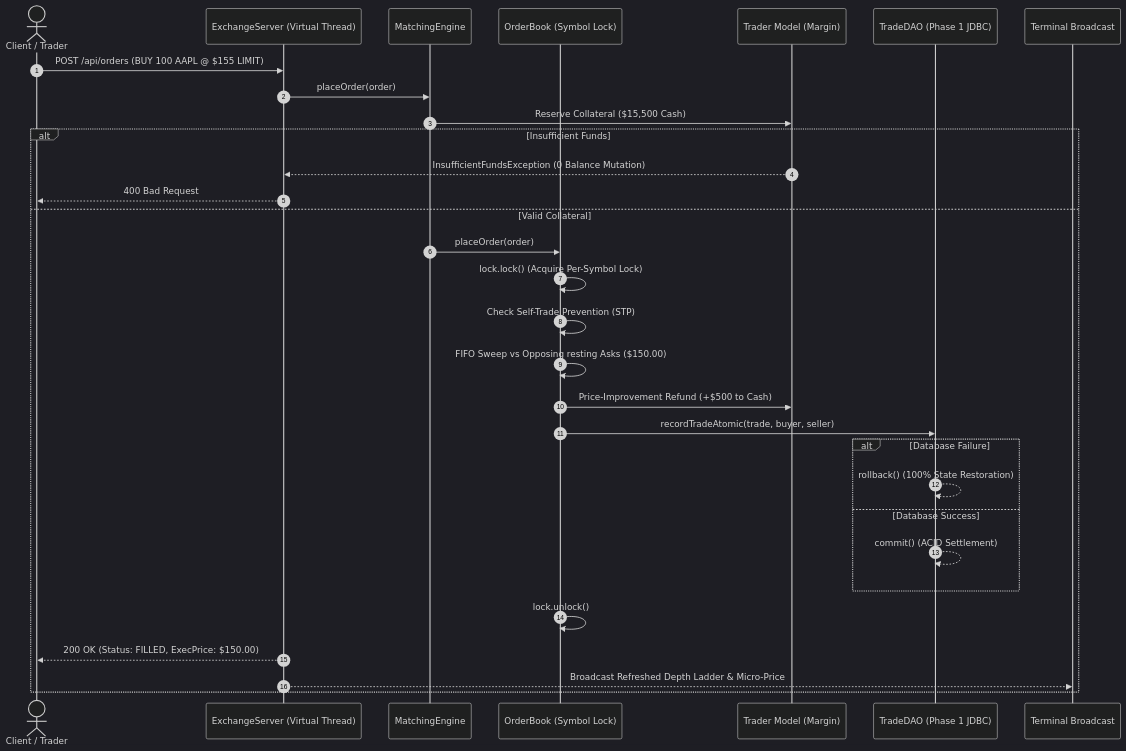
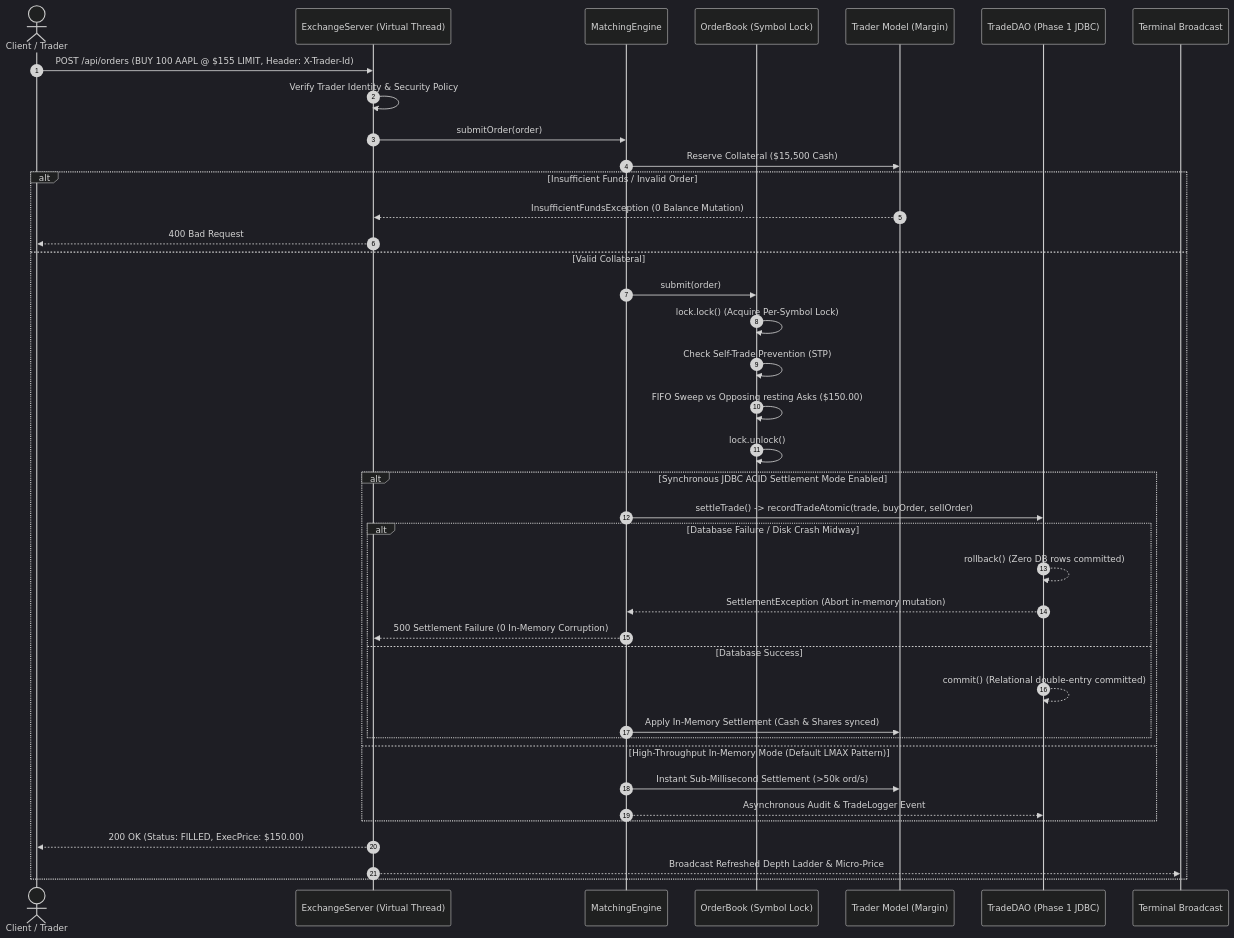
The second of 5 diagrams in README.md (mansi25bai11449-uni/Market-Pulse), drawn with Mermaid (dark theme) before and after one commit. The commit also changed other lines of this file and 9 other files, not shown here.

Commit message:
feat(persistence, security): integrate JDBC transactional settlement into matching path and delineate security scope

````diff
--- a/README.md
+++ b/README.md
@@ -84,34 +84,42 @@
 ```mermaid
 sequenceDiagram
     autonumber
     actor Trader as Client / Trader
     participant API as ExchangeServer (Virtual Thread)
     participant Engine as MatchingEngine
     participant Book as OrderBook (Symbol Lock)
     participant Model as Trader Model (Margin)
     participant JDBC as TradeDAO (Phase 1 JDBC)
     participant Web as Terminal Broadcast
 
-    Trader->>API: POST /api/orders (BUY 100 AAPL @ $155 LIMIT)
-    API->>Engine: placeOrder(order)
+    Trader->>API: POST /api/orders (BUY 100 AAPL @ $155 LIMIT, Header: X-Trader-Id)
+    API->>API: Verify Trader Identity & Security Policy
+    API->>Engine: submitOrder(order)
     Engine->>Model: Reserve Collateral ($15,500 Cash)
-    alt Insufficient Funds
+    alt Insufficient Funds / Invalid Order
         Model-->>API: InsufficientFundsException (0 Balance Mutation)
         API-->>Trader: 400 Bad Request
     else Valid Collateral
-        Engine->>Book: placeOrder(order)
+        Engine->>Book: submit(order)
         Book->>Book: lock.lock() (Acquire Per-Symbol Lock)
         Book->>Book: Check Self-Trade Prevention (STP)
         Book->>Book: FIFO Sweep vs Opposing resting Asks ($150.00)
-        Book->>Model: Price-Improvement Refund (+$500 to Cash)
-        Book->>JDBC: recordTradeAtomic(trade, buyer, seller)
-        alt Database Failure
-            JDBC-->>JDBC: rollback() (100% State Restoration)
-        else Database Success
-            JDBC-->>JDBC: commit() (ACID Settlement)
+        Book->>Book: lock.unlock()
+        alt Synchronous JDBC ACID Settlement Mode Enabled
+            Engine->>JDBC: settleTrade() -> recordTradeAtomic(trade, buyOrder, sellOrder)
+            alt Database Failure / Disk Crash Midway
+                JDBC-->>JDBC: rollback() (Zero DB rows committed)
+                JDBC-->>Engine: SettlementException (Abort in-memory mutation)
+                Engine-->>API: 500 Settlement Failure (0 In-Memory Corruption)
+            else Database Success
+                JDBC-->>JDBC: commit() (Relational double-entry committed)
+                Engine->>Model: Apply In-Memory Settlement (Cash & Shares synced)
+            end
+        else High-Throughput In-Memory Mode (Default LMAX Pattern)
+            Engine->>Model: Instant Sub-Millisecond Settlement (>50k ord/s)
+            Engine-->>JDBC: Asynchronous Audit & TradeLogger Event
         end
-        Book->>Book: lock.unlock()
         API-->>Trader: 200 OK (Status: FILLED, ExecPrice: $150.00)
         API-->>Web: Broadcast Refreshed Depth Ladder & Micro-Price
     end
 ```
````
